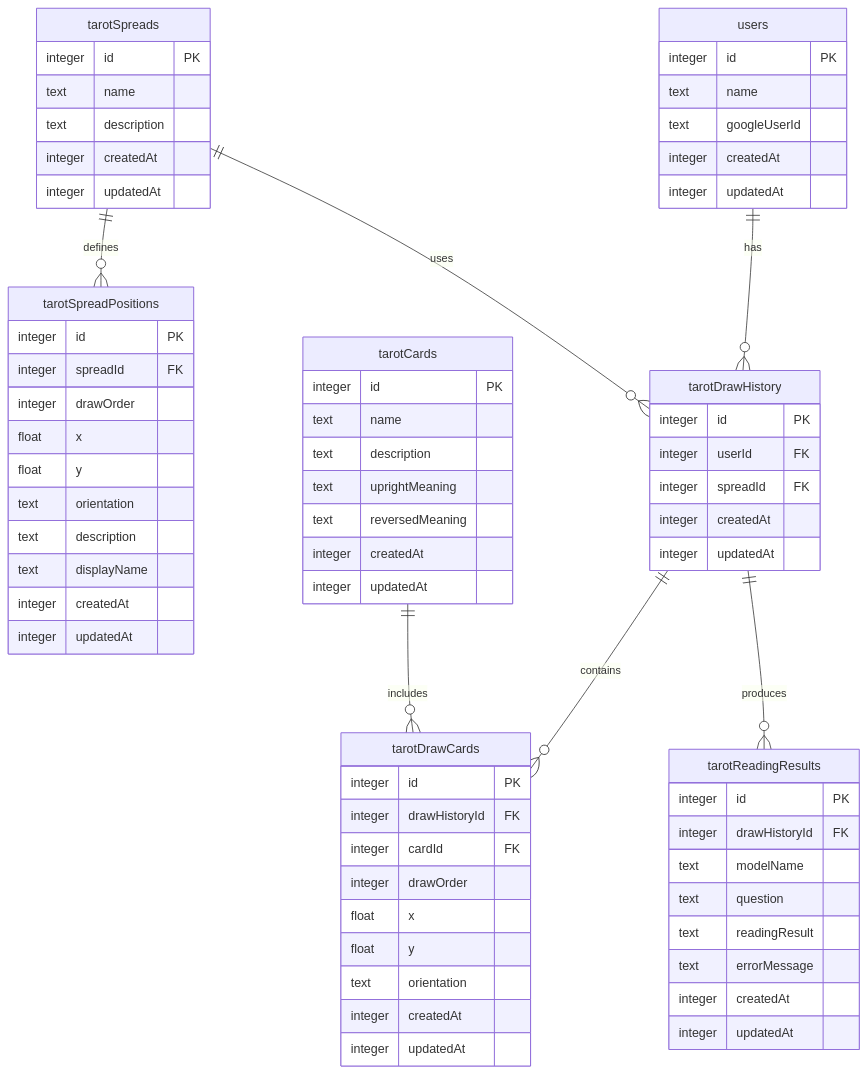
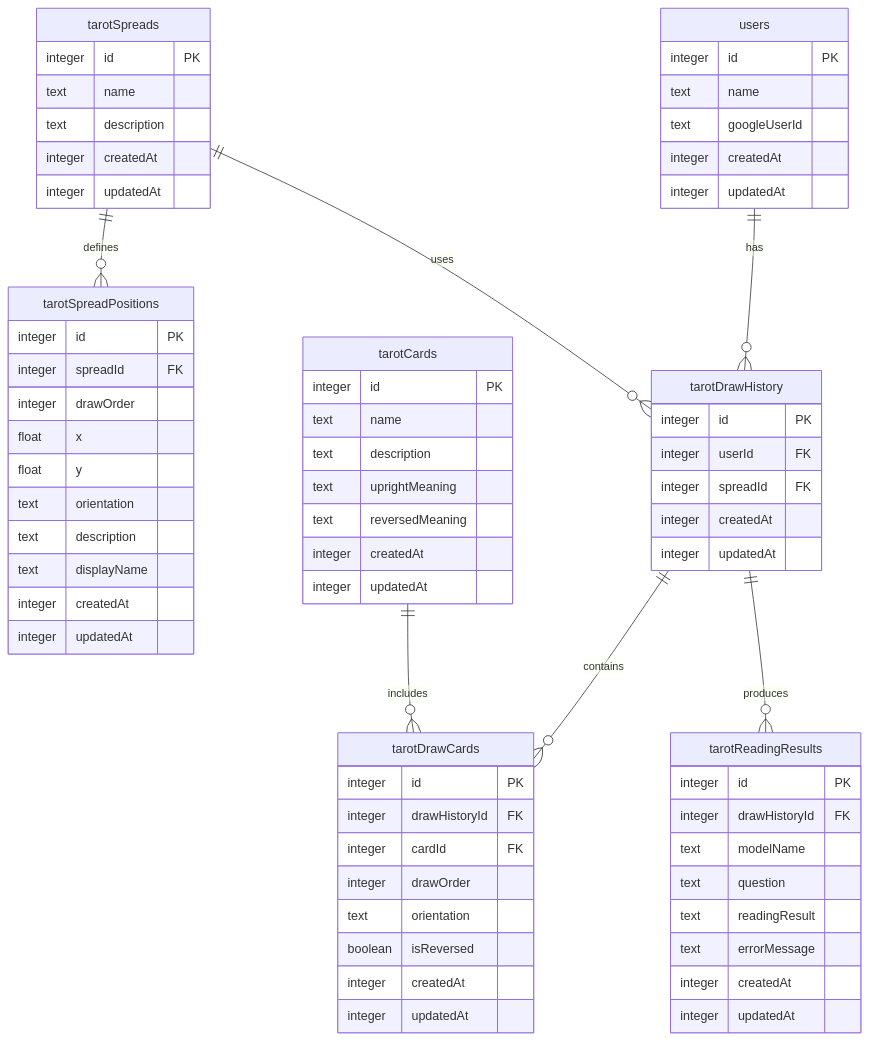
The diagram in README.md (himanushi/ai-tarot), drawn with Mermaid before and after one commit.

Commit message:
README.mdのプロパティ変更

````diff
--- a/README.md
+++ b/README.md
@@ -1,79 +1,79 @@
 ```mermaid
 erDiagram
     users {
         integer id PK
         text name
         text googleUserId
         integer createdAt
         integer updatedAt
     }
 
     tarotSpreads {
         integer id PK
         text name
         text description
         integer createdAt
         integer updatedAt
     }
 
     tarotSpreadPositions {
         integer id PK
         integer spreadId FK
         integer drawOrder
         float x
         float y
         text orientation
         text description
         text displayName
         integer createdAt
         integer updatedAt
     }
 
     tarotCards {
         integer id PK
         text name
         text description
         text uprightMeaning
         text reversedMeaning
         integer createdAt
         integer updatedAt
     }
 
     tarotDrawHistory {
         integer id PK
         integer userId FK
         integer spreadId FK
         integer createdAt
         integer updatedAt
     }
 
     tarotDrawCards {
         integer id PK
         integer drawHistoryId FK
         integer cardId FK
         integer drawOrder
-        float x
-        float y
         text orientation
+        boolean isReversed
         integer createdAt
         integer updatedAt
     }
 
     tarotReadingResults {
         integer id PK
         integer drawHistoryId FK
         text modelName
         text question
         text readingResult
         text errorMessage
         integer createdAt
         integer updatedAt
     }
 
     users ||--o{ tarotDrawHistory : "has"
     tarotSpreads ||--o{ tarotDrawHistory : "uses"
     tarotSpreads ||--o{ tarotSpreadPositions : "defines"
     tarotDrawHistory ||--o{ tarotDrawCards : "contains"
     tarotCards ||--o{ tarotDrawCards : "includes"
     tarotDrawHistory ||--o{ tarotReadingResults : "produces"
+
 ```
````
